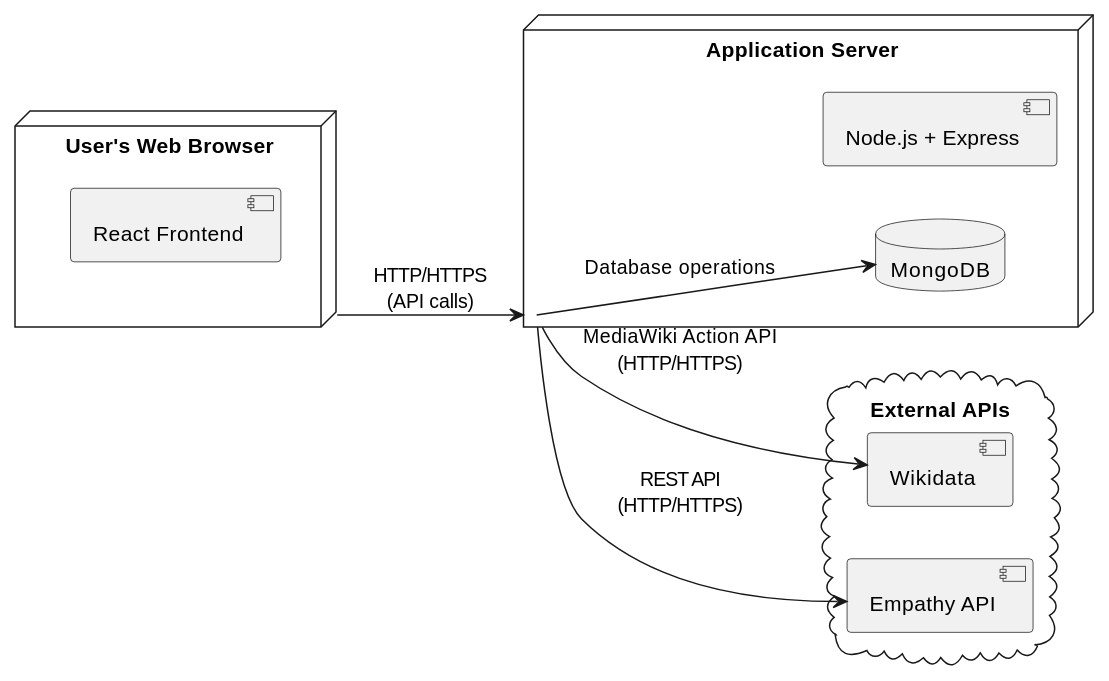
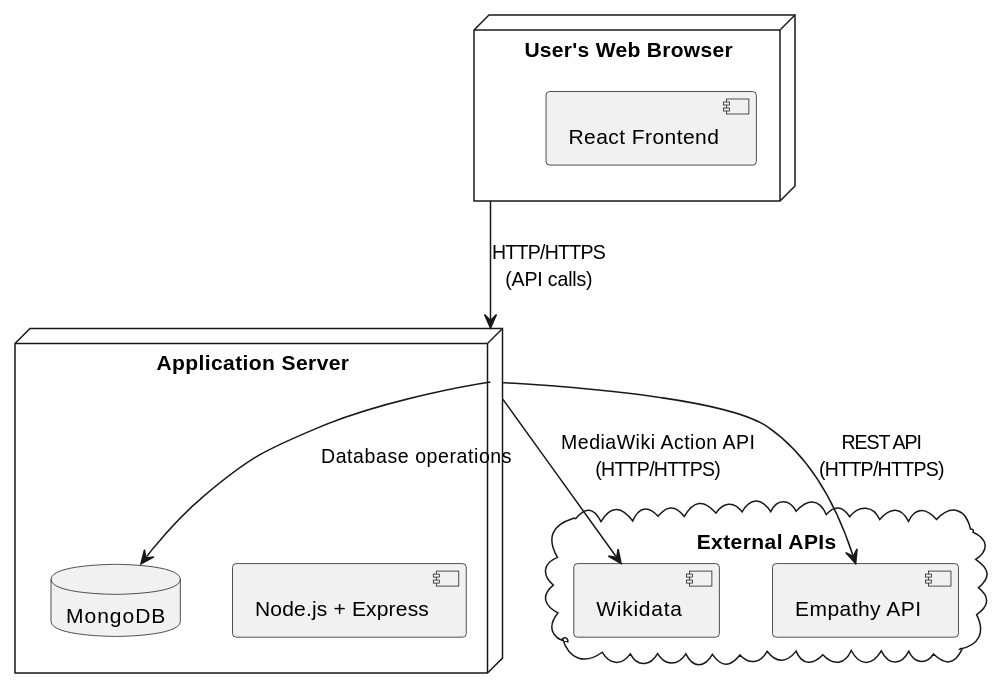
One commit to Arquisoft/wichat_en1b changed the second of 2 diagrams in docs/src/03_context_and_scope.adoc. Above: the diagram before and after it, drawn with PlantUML. The commit also changed other lines of this file, not shown here.

Commit message:
Finally corrected uml diagrams

```diff
--- a/docs/src/03_context_and_scope.adoc
+++ b/docs/src/03_context_and_scope.adoc
@@ -69,23 +66,21 @@
-[plantuml, deployment-diagram, svg]
+[plantuml,"Deployment Diagram",png]
 ----
-left to right direction
-
-node "User's Web Browser" as browser {
-  component "React Frontend" as react
+node "User's Web Browser" as Browser {
+  component "React Frontend" as React
 }
 
-node "Application Server" as server {
-  component "Node.js + Express" as node
-  database "MongoDB" as mongo
+node "Application Server" as Server {
+  component "Node.js + Express" as Node
+  database "MongoDB" as MongoDB
 }
 
-cloud "External APIs" as apis {
-  component "Wikidata" as wikidata
-  component "Empathy API" as empathy
+cloud "External APIs" as APIs {
+  component "Wikidata" as Wikidata
+  component "Empathy API" as Empathy
 }
 
-browser --> server : HTTP/HTTPS\n(API calls)
-server --> wikidata : MediaWiki Action API\n(HTTP/HTTPS)
-server --> empathy : REST API\n(HTTP/HTTPS)
-server --> mongo : Database operations
+Browser --> Server : HTTP/HTTPS\n(API calls)
+Server --> Wikidata : MediaWiki Action API\n(HTTP/HTTPS)
+Server --> Empathy : REST API\n(HTTP/HTTPS)
+Server --> MongoDB : Database operations
 ----
```
